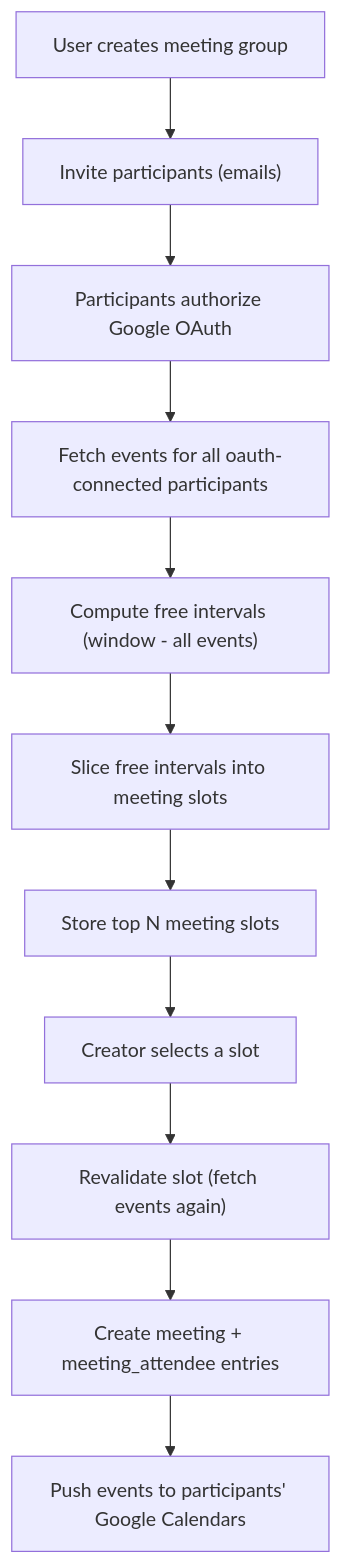
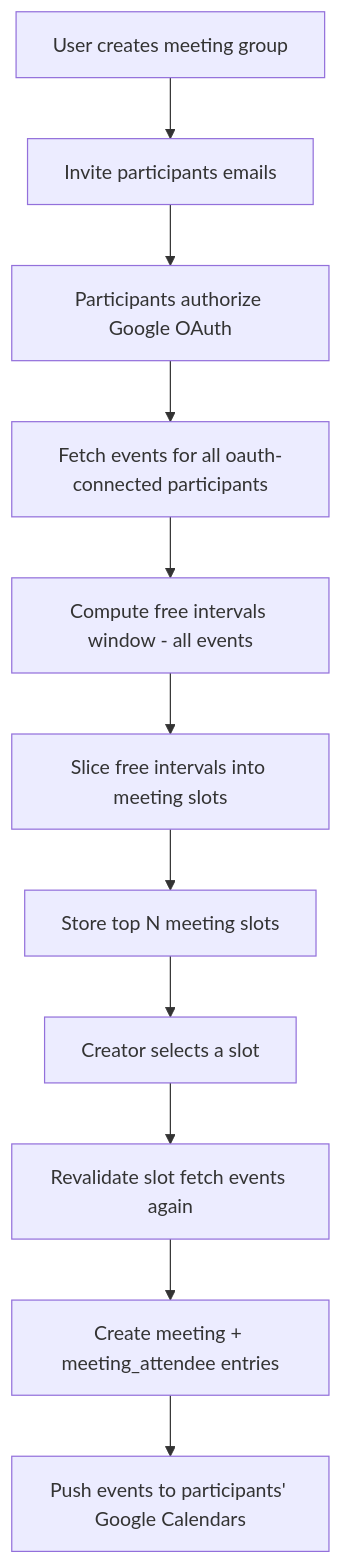
One commit to brandon-kyle-bailey/turbo-lamp changed the diagram in apps/api/README.md. Above: the diagram before and after it, drawn with Mermaid.

Commit message:
docs: fix readme mermaid template

````diff
--- a/apps/api/README.md
+++ b/apps/api/README.md
@@ -3,13 +3,13 @@
 ```mermaid
 flowchart TD
-    A["User creates meeting group"] --> B["Invite participants (emails)"]
+    A["User creates meeting group"] --> B["Invite participants emails"]
     B --> C["Participants authorize Google OAuth"]
     C --> D["Fetch events for all oauth-connected participants"]
-    D --> E["Compute free intervals (window - all events)"]
+    D --> E["Compute free intervals window - all events"]
     E --> F["Slice free intervals into meeting slots"]
     F --> G["Store top N meeting slots"]
     G --> H["Creator selects a slot"]
-    H --> I["Revalidate slot (fetch events again)"]
+    H --> I["Revalidate slot fetch events again"]
     I --> J["Create meeting + meeting_attendee entries"]
     J --> K["Push events to participants' Google Calendars"]
 ```
````
